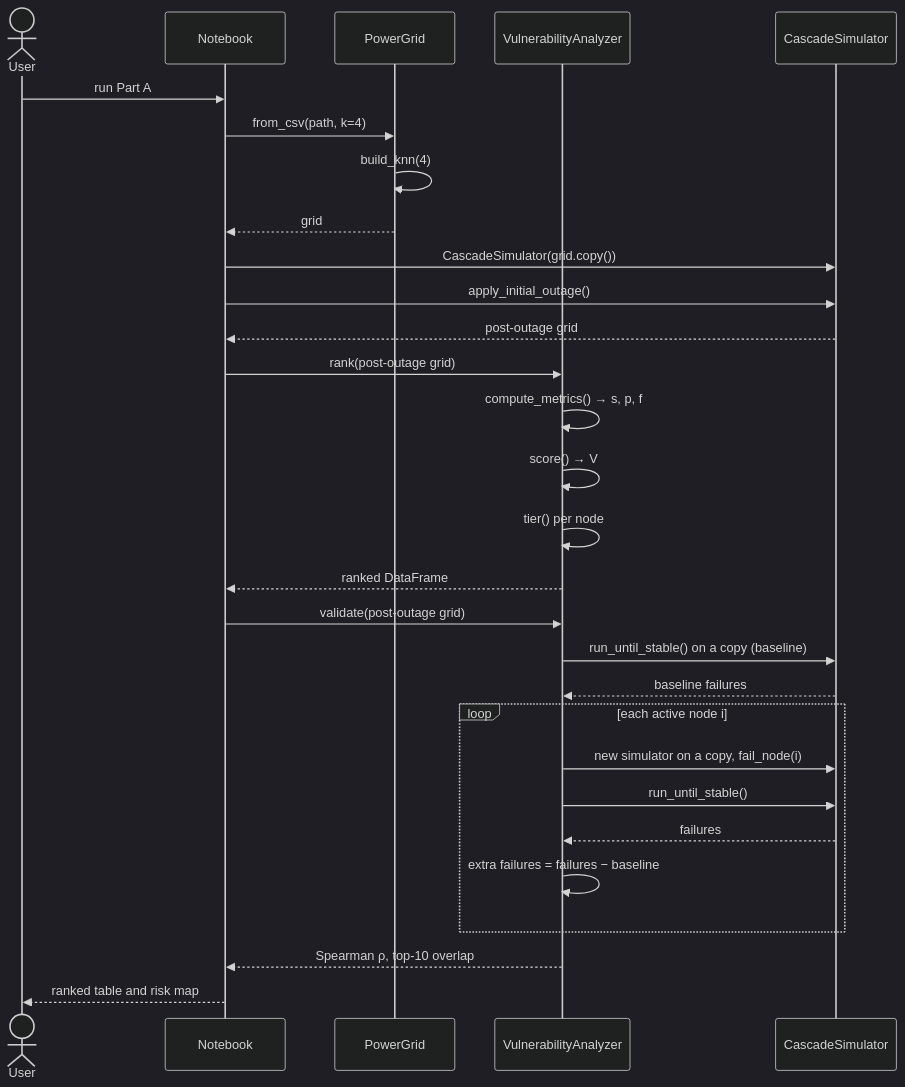
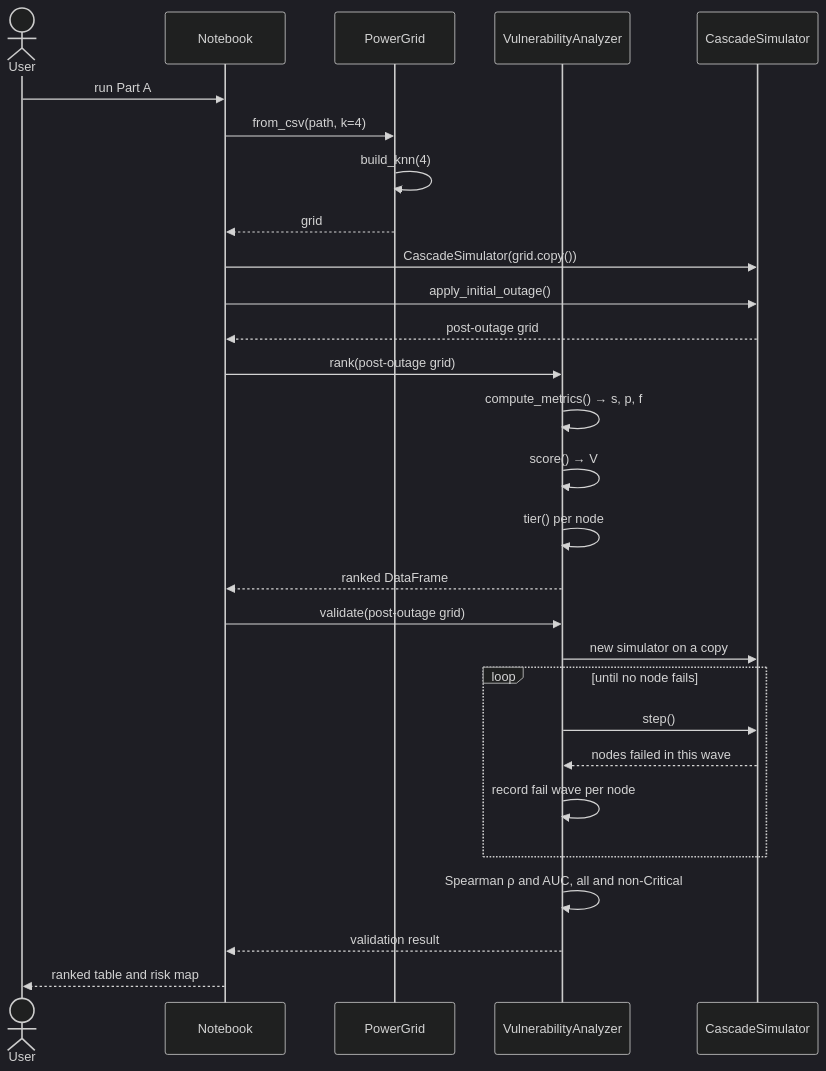
One commit to anisring/powergrid changed the third of 5 diagrams in docs/design.md. Above: the diagram before and after it, drawn with Mermaid (dark theme). The commit also changed other lines of this file and 8 other files, not shown here.

````diff
--- a/docs/design.md
+++ b/docs/design.md
@@ -353,32 +362,31 @@
 ```mermaid
 sequenceDiagram
     actor User
     participant NB as Notebook
     participant PG as PowerGrid
     participant VA as VulnerabilityAnalyzer
     participant CS as CascadeSimulator
 
     User->>NB: run Part A
     NB->>PG: from_csv(path, k=4)
     PG->>PG: build_knn(4)
     PG-->>NB: grid
     NB->>CS: CascadeSimulator(grid.copy())
     NB->>CS: apply_initial_outage()
     CS-->>NB: post-outage grid
     NB->>VA: rank(post-outage grid)
     VA->>VA: compute_metrics() → s, p, f
     VA->>VA: score() → V
     VA->>VA: tier() per node
     VA-->>NB: ranked DataFrame
     NB->>VA: validate(post-outage grid)
-    VA->>CS: run_until_stable() on a copy (baseline)
-    CS-->>VA: baseline failures
-    loop each active node i
-        VA->>CS: new simulator on a copy, fail_node(i)
-        VA->>CS: run_until_stable()
-        CS-->>VA: failures
-        VA->>VA: extra failures = failures − baseline
+    VA->>CS: new simulator on a copy
+    loop until no node fails
+        VA->>CS: step()
+        CS-->>VA: nodes failed in this wave
+        VA->>VA: record fail wave per node
     end
-    VA-->>NB: Spearman ρ, top-10 overlap
+    VA->>VA: Spearman ρ and AUC, all and non-Critical
+    VA-->>NB: validation result
     NB-->>User: ranked table and risk map
 ```
````
